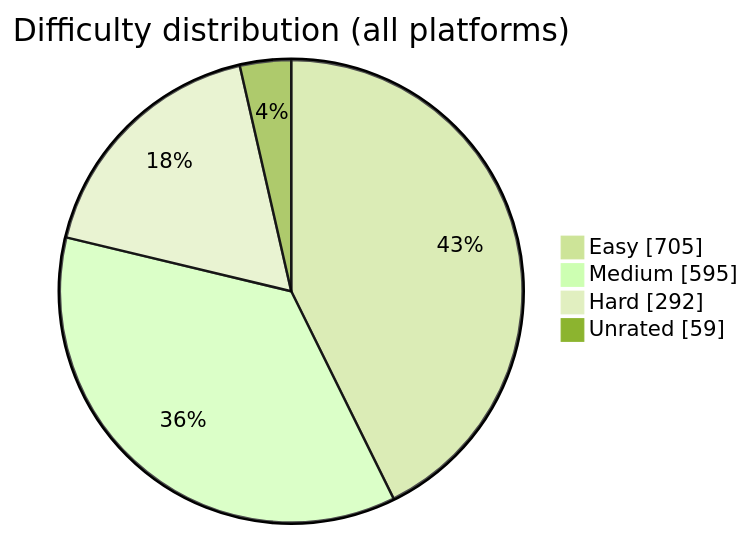
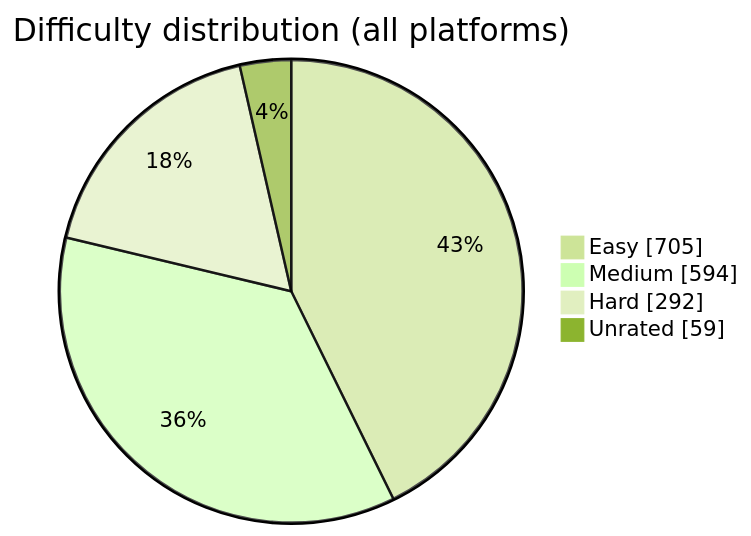
Before and after one commit to BuildbyArindam/Daily-Coding-Log: the diagram in README.md, drawn with Mermaid (forest theme). The commit also changed other lines of this file, not shown here.

````diff
--- a/README.md
+++ b/README.md
@@ -93,7 +93,7 @@
 ```mermaid
 pie showData title Difficulty distribution (all platforms)
     "Easy" : 705
-    "Medium" : 595
+    "Medium" : 594
     "Hard" : 292
     "Unrated" : 59
 ```
````
